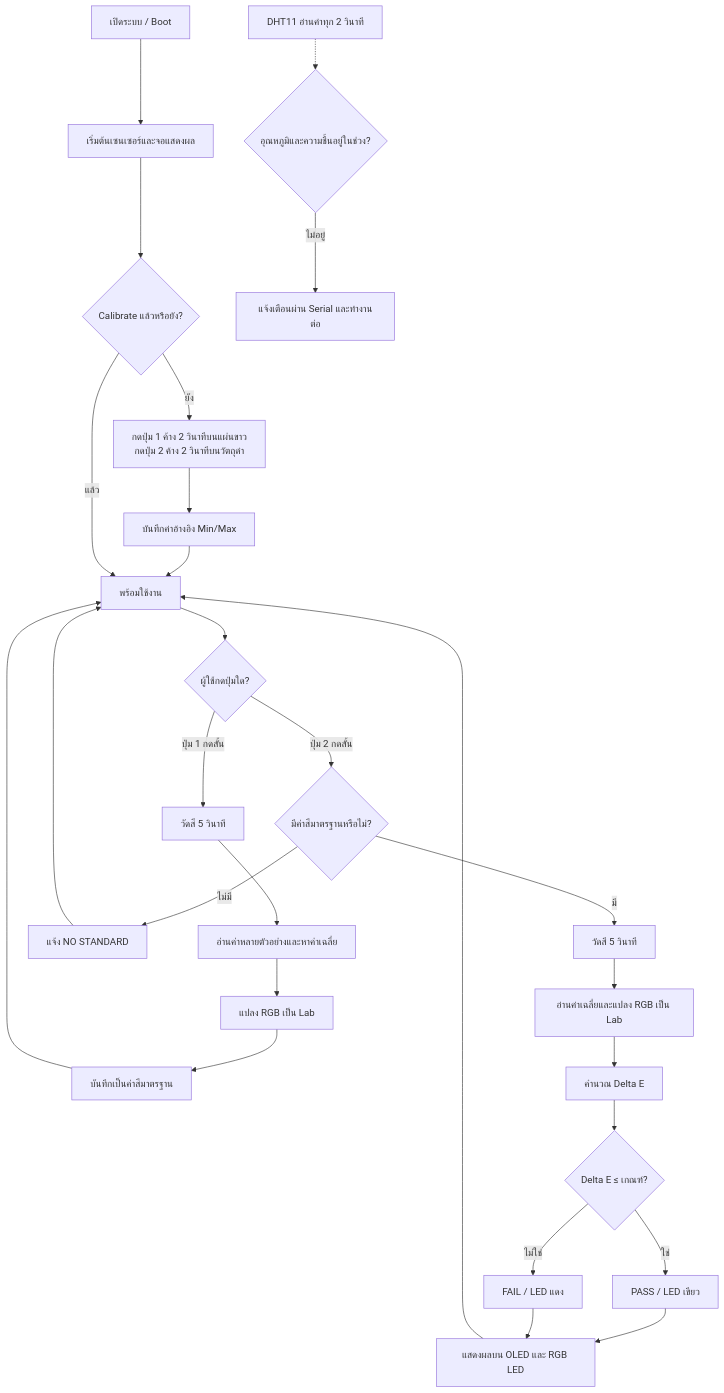
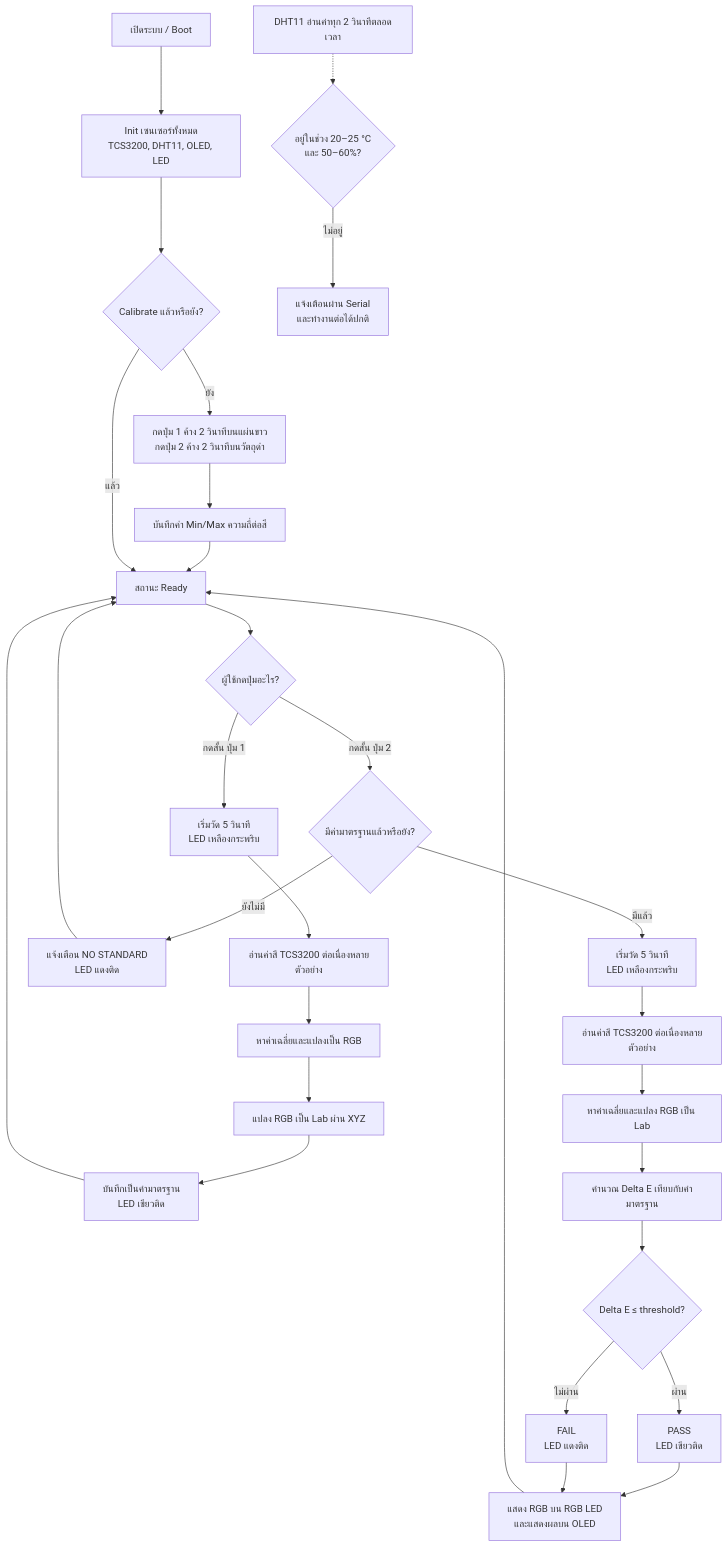
Before and after one commit to Ogasu/smart-color-sorter-esp32: the second of 2 diagrams in README.md, drawn with Mermaid. The commit also changed other lines of this file, not shown here.

````diff
--- a/README.md
+++ b/README.md
@@ -111,29 +141,31 @@
 ```mermaid
 flowchart TD
-    A[เปิดระบบ / Boot] --> B[เริ่มต้นเซนเซอร์และจอแสดงผล]
+    A[เปิดระบบ / Boot] --> B[Init เซนเซอร์ทั้งหมด<br/>TCS3200, DHT11, OLED, LED]
     B --> C{Calibrate แล้วหรือยัง?}
     C -- ยัง --> D[กดปุ่ม 1 ค้าง 2 วินาทีบนแผ่นขาว<br/>กดปุ่ม 2 ค้าง 2 วินาทีบนวัตถุดำ]
-    D --> E[บันทึกค่าอ้างอิง Min/Max]
-    E --> F[พร้อมใช้งาน]
+    D --> E[บันทึกค่า Min/Max ความถี่ต่อสี]
+    E --> F[สถานะ Ready]
     C -- แล้ว --> F
-    F --> G{ผู้ใช้กดปุ่มใด?}
-    G -- ปุ่ม 1 กดสั้น --> H[วัดสี 5 วินาที]
-    H --> I[อ่านค่าหลายตัวอย่างและหาค่าเฉลี่ย]
-    I --> J[แปลง RGB เป็น Lab]
-    J --> K[บันทึกเป็นค่าสีมาตรฐาน]
-    K --> F
-    G -- ปุ่ม 2 กดสั้น --> L{มีค่าสีมาตรฐานหรือไม่?}
-    L -- ไม่มี --> M[แจ้ง NO STANDARD]
-    M --> F
-    L -- มี --> N[วัดสี 5 วินาที]
-    N --> O[อ่านค่าเฉลี่ยและแปลง RGB เป็น Lab]
-    O --> P[คำนวณ Delta E]
-    P --> Q{Delta E ≤ เกณฑ์?}
-    Q -- ใช่ --> R[PASS / LED เขียว]
-    Q -- ไม่ใช่ --> S[FAIL / LED แดง]
-    R --> T[แสดงผลบน OLED และ RGB LED]
-    S --> T
-    T --> F
-    U[DHT11 อ่านค่าทุก 2 วินาที] -.-> V{อุณหภูมิและความชื้นอยู่ในช่วง?}
-    V -- ไม่อยู่ --> W[แจ้งเตือนผ่าน Serial และทำงานต่อ]
+    F --> G{ผู้ใช้กดปุ่มอะไร?}
+    G -- กดสั้น ปุ่ม 1 --> H[เริ่มวัด 5 วินาที<br/>LED เหลืองกระพริบ]
+    H --> I[อ่านค่าสี TCS3200 ต่อเนื่องหลายตัวอย่าง]
+    I --> J[หาค่าเฉลี่ยและแปลงเป็น RGB]
+    J --> K[แปลง RGB เป็น Lab ผ่าน XYZ]
+    K --> L[บันทึกเป็นค่ามาตรฐาน<br/>LED เขียวติด]
+    L --> F
+    G -- กดสั้น ปุ่ม 2 --> M{มีค่ามาตรฐานแล้วหรือยัง?}
+    M -- ยังไม่มี --> N[แจ้งเตือน NO STANDARD<br/>LED แดงติด]
+    N --> F
+    M -- มีแล้ว --> O[เริ่มวัด 5 วินาที<br/>LED เหลืองกระพริบ]
+    O --> P[อ่านค่าสี TCS3200 ต่อเนื่องหลายตัวอย่าง]
+    P --> Q[หาค่าเฉลี่ยและแปลง RGB เป็น Lab]
+    Q --> R[คำนวณ Delta E เทียบกับค่ามาตรฐาน]
+    R --> S{Delta E ≤ threshold?}
+    S -- ผ่าน --> T[PASS<br/>LED เขียวติด]
+    S -- ไม่ผ่าน --> U[FAIL<br/>LED แดงติด]
+    T --> V[แสดง RGB บน RGB LED<br/>และแสดงผลบน OLED]
+    U --> V
+    V --> F
+    W[DHT11 อ่านค่าทุก 2 วินาทีตลอดเวลา] -.-> X{อยู่ในช่วง 20–25 °C<br/>และ 50–60%?}
+    X -- ไม่อยู่ --> Y[แจ้งเตือนผ่าน Serial<br/>และทำงานต่อได้ปกติ]
 ```
````
